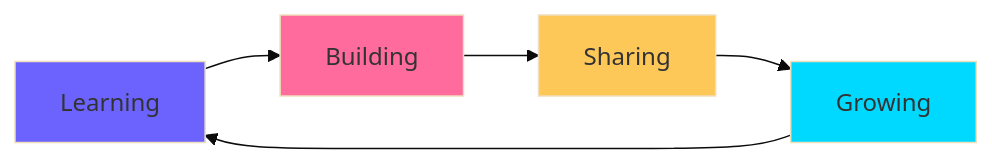
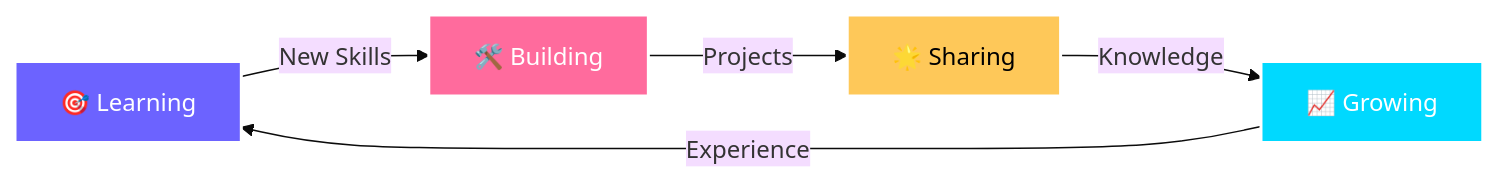
The diagram in README.md (ninjaarara/ninjaarara), drawn with Mermaid (base theme) before and after one commit. The commit also changed other lines of this file, not shown here.

````diff
--- a/README.md
+++ b/README.md
@@ -92,11 +185,11 @@
 ```mermaid
 graph LR
-    A[Learning] --> B[Building]
-    B --> C[Sharing]
-    C --> D[Growing]
-    D --> A
-    style A fill:#6C63FF
-    style B fill:#FF6B9D
-    style C fill:#FEC859
-    style D fill:#00D9FF
+    A[🎯 Learning] -->|New Skills| B[🛠️ Building]
+    B -->|Projects| C[🌟 Sharing]
+    C -->|Knowledge| D[📈 Growing]
+    D -->|Experience| A
+    style A fill:#6C63FF,stroke:#fff,stroke-width:2px,color:#fff
+    style B fill:#FF6B9D,stroke:#fff,stroke-width:2px,color:#fff
+    style C fill:#FEC859,stroke:#fff,stroke-width:2px,color:#000
+    style D fill:#00D9FF,stroke:#fff,stroke-width:2px,color:#fff
 ```
````
